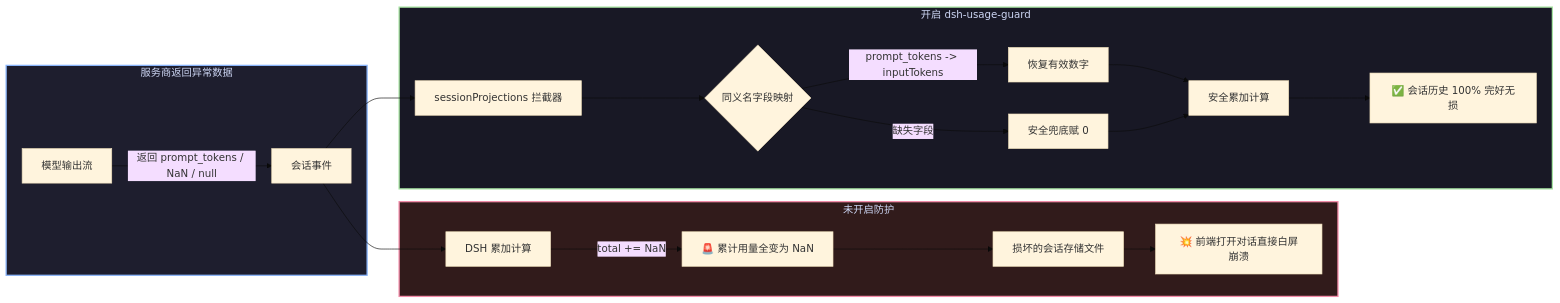
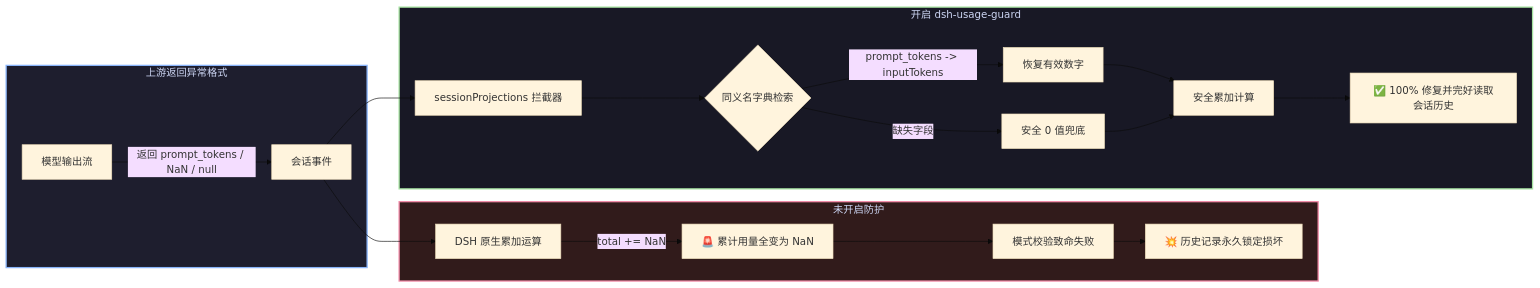
Before and after one commit to GooDAnDReaDY/dsh-usage-guard: the diagram in README.zh.md, drawn with Mermaid (base theme). The commit also changed other lines of this file and 2 other files, not shown here.

Commit message:
docs: expand dsh-usage-guard with full code snippets, failure signatures, alias tables & instant replay recovery

````diff
--- a/README.zh.md
+++ b/README.zh.md
@@ -34,27 +42,27 @@
 ```mermaid
 graph LR
-    subgraph Malformed [服务商返回异常数据]
+    subgraph Malformed [上游返回异常格式]
         API[模型输出流] -->|返回 prompt_tokens / NaN / null| Event[会话事件]
     end
 
     subgraph Unprotected [未开启防护]
-        Event --> DSHMath[DSH 累加计算]
+        Event --> DSHMath[DSH 原生累加运算]
         DSHMath -->|total += NaN| Poison[🚨 累计用量全变为 NaN]
-        Poison --> DiskDead[损坏的会话存储文件]
-        DiskDead --> Crash[💥 前端打开对话直接白屏崩溃]
+        Poison --> SchemaFail[模式校验致命失败]
+        SchemaFail --> DeadHistory[💥 历史记录永久锁定损坏]
     end
 
     subgraph Guarded [开启 dsh-usage-guard]
-        Event --> Interceptor[sessionProjections 拦截器]
-        Interceptor --> AliasCheck{同义名字段映射}
+        Event --> Patch[sessionProjections 拦截器]
+        Patch --> AliasCheck{同义名字典检索}
         AliasCheck -->|prompt_tokens -> inputTokens| Restored[恢复有效数字]
-        AliasCheck -->|缺失字段| Zero[安全兜底赋 0]
+        AliasCheck -->|缺失字段| ZeroFallback[安全 0 值兜底]
         Restored --> SafeMath[安全累加计算]
-        Zero --> SafeMath
-        SafeMath --> SafeDisk[✅ 会话历史 100% 完好无损]
+        ZeroFallback --> SafeMath
+        SafeMath --> ValidHistory[✅ 100% 修复并完好读取会话历史]
     end
 
     style Malformed fill:#1e1e2e,stroke:#89b4fa,stroke-width:2px,color:#cdd6f4
     style Unprotected fill:#311b1b,stroke:#f38ba8,stroke-width:2px,color:#cdd6f4
     style Guarded fill:#181825,stroke:#a6e3a1,stroke-width:2px,color:#cdd6f4
 ```
````
